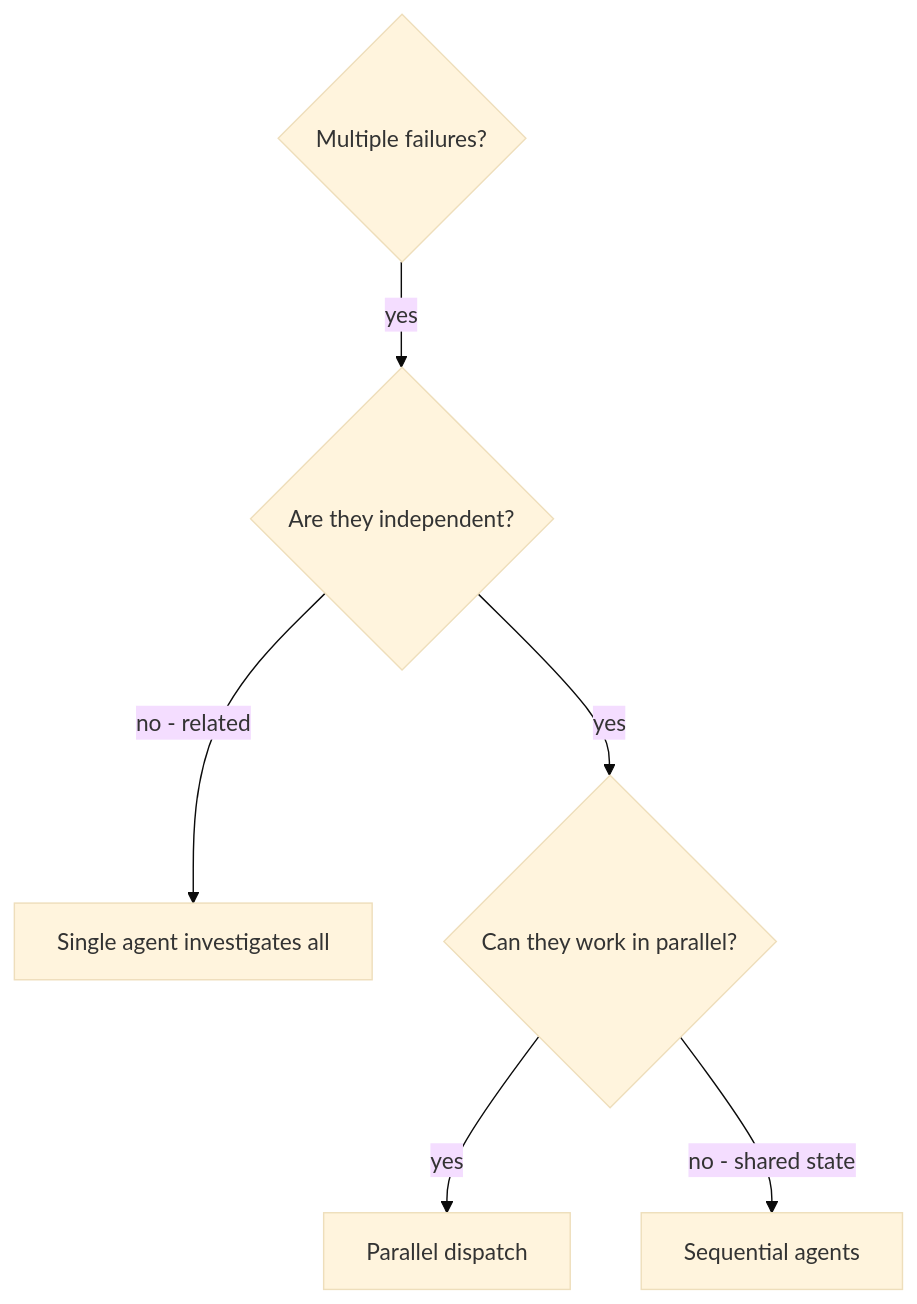
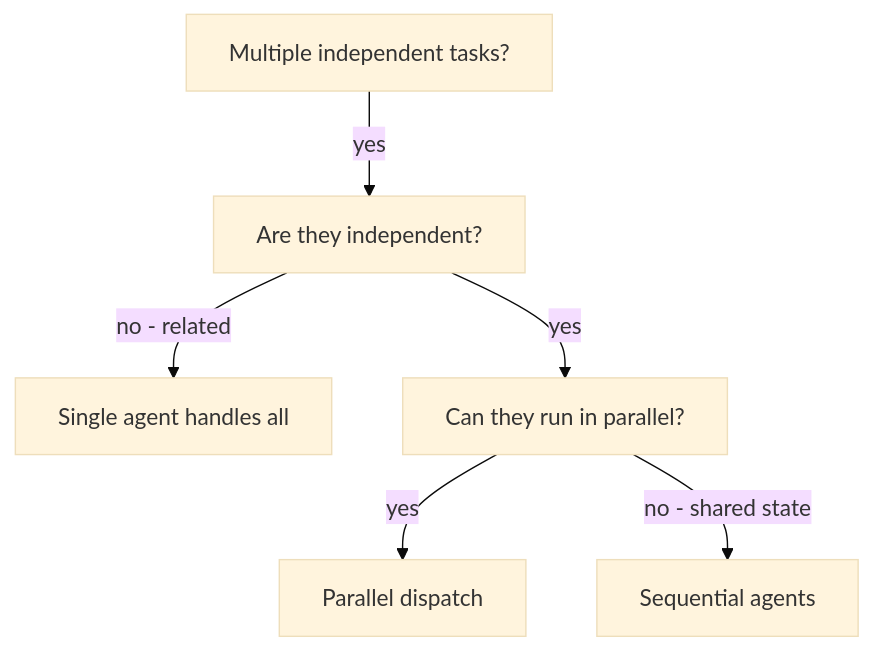
The diagram in skills/collaboration/dispatching-parallel-agents/SKILL.md (complexthings/superpowers), drawn with Mermaid (base theme) before and after one commit. The commit also changed other lines of this file and 76 other files, not shown here.

````diff
--- a/skills/collaboration/dispatching-parallel-agents/SKILL.md
+++ b/skills/collaboration/dispatching-parallel-agents/SKILL.md
@@ -21,8 +22,8 @@
 ```mermaid
 flowchart TD
-    A{Multiple failures?} -->|yes| B{Are they independent?}
-    B -->|no - related| C[Single agent investigates all]
-    B -->|yes| D{Can they work in parallel?}
+    A[Multiple independent tasks?] -->|yes| B[Are they independent?]
+    B -->|no - related| C[Single agent handles all]
+    B -->|yes| D[Can they run in parallel?]
     D -->|yes| E[Parallel dispatch]
     D -->|no - shared state| F[Sequential agents]
 ```
````
